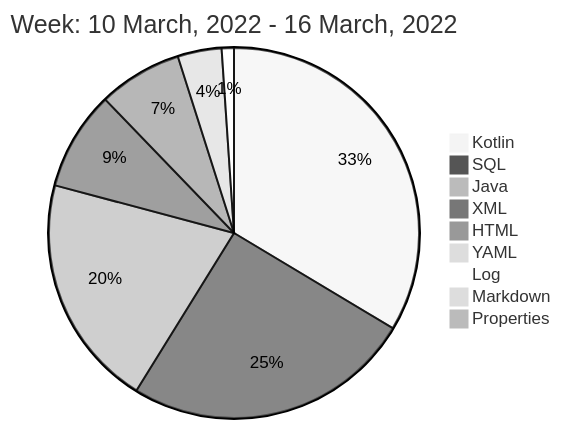
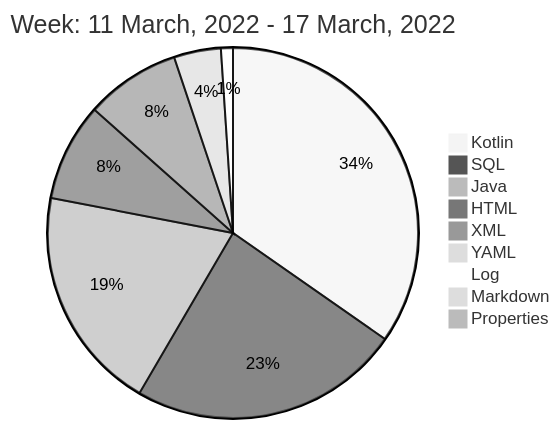
Before and after one commit to liubin95/liubin95: the diagram in README.md, drawn with Mermaid (neutral theme).

Commit message:
Updated the Graph with new Metrics

````diff
--- a/README.md
+++ b/README.md
@@ -40,13 +40,13 @@
 ```mermaid
  pie
-title Week: 10 March, 2022 - 16 March, 2022
- "Kotlin" : 3.77
- "SQL" : 2.83
- "Java" : 2.28
- "XML" : 0.97
- "HTML" : 0.82
- "YAML" : 0.43
+title Week: 11 March, 2022 - 17 March, 2022
+ "Kotlin" : 3.98
+ "SQL" : 2.72
+ "Java" : 2.25
+ "HTML" : 0.98
+ "XML" : 0.95
+ "YAML" : 0.47
  "Log" : 0.12
  "Markdown" : 0.08
  "Properties" : 0.07
 ```
````
